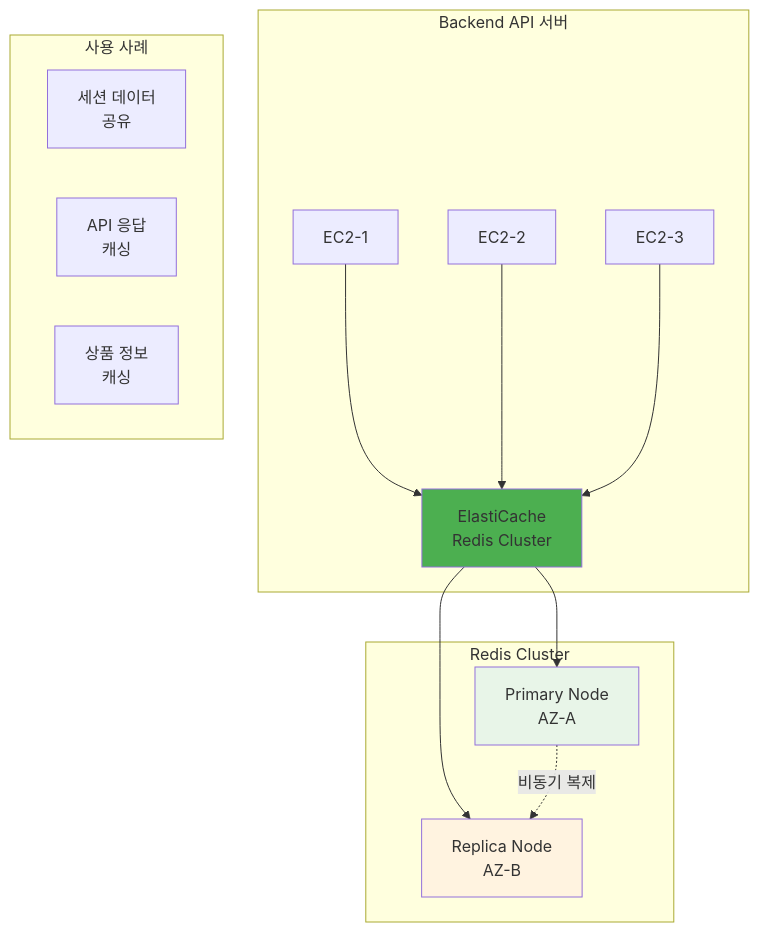
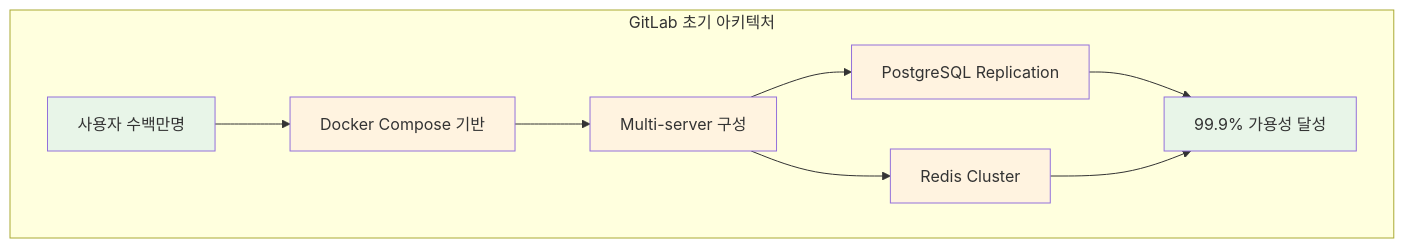
The second of 5 diagrams in theory/week_05/day5/session_2.md (niceguy61/kdt_devops_lecture_2025), drawn with Mermaid before and after one commit. The commit also changed other lines of this file, not shown here.

````diff
--- a/theory/week_05/day5/session_2.md
+++ b/theory/week_05/day5/session_2.md
@@ -682,24 +53,25 @@
 ```mermaid
 graph TB
-    subgraph "Backend API 서버"
-        A1[EC2-1] --> C[ElastiCache<br/>Redis Cluster]
-        A2[EC2-2] --> C
-        A3[EC2-3] --> C
+    subgraph "GitLab 초기 아키텍처"
+        A[사용자 수백만명]
+        B[Docker Compose 기반]
+        C[Multi-server 구성]
+        D[PostgreSQL Replication]
+        E[Redis Cluster]
+        F[99.9% 가용성 달성]
     end
     
-    subgraph "Redis Cluster"
-        C --> D1[Primary Node<br/>AZ-A]
-        C --> D2[Replica Node<br/>AZ-B]
-        D1 -.비동기 복제.-> D2
-    end
+    A --> B
+    B --> C
+    C --> D
+    C --> E
+    D --> F
+    E --> F
     
-    subgraph "사용 사례"
-        E1[세션 데이터<br/>공유]
-        E2[API 응답<br/>캐싱]
-        E3[상품 정보<br/>캐싱]
-    end
-    
-    style C fill:#4caf50
-    style D1 fill:#e8f5e8
-    style D2 fill:#fff3e0
+    style A fill:#e8f5e8
+    style B fill:#fff3e0
+    style C fill:#fff3e0
+    style D fill:#fff3e0
+    style E fill:#fff3e0
+    style F fill:#e8f5e8
 ```
````
